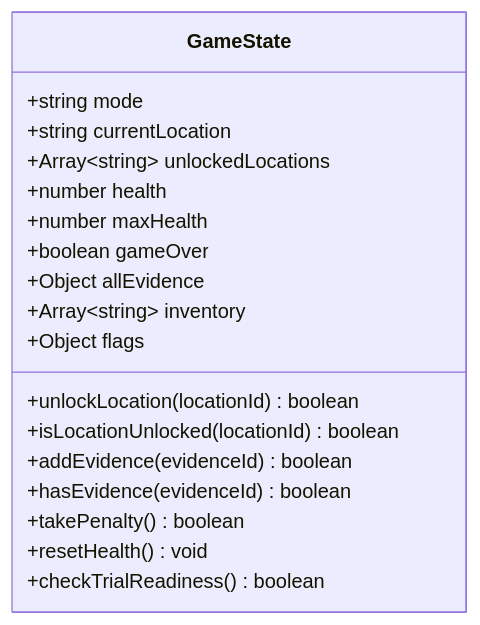
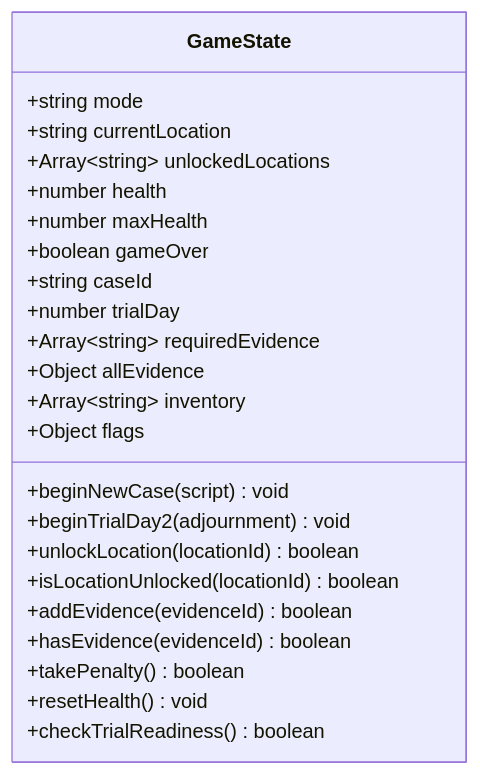
One commit to luisoncpp/aa-chapulin changed the diagram in docs/architecture/game-state.md. Above: the diagram before and after it, drawn with Mermaid. The commit also changed other lines of this file and 34 other files, not shown here.

First line of the commit message:
Split GameEngine under 200 lines and cover Case 2 adjournment.

````diff
--- a/docs/architecture/game-state.md
+++ b/docs/architecture/game-state.md
@@ -9,21 +9,26 @@
 ```mermaid
 classDiagram
     class GameState {
         +string mode
         +string currentLocation
         +Array~string~ unlockedLocations
         +number health
         +number maxHealth
         +boolean gameOver
+        +string caseId
+        +number trialDay
+        +Array~string~ requiredEvidence
         +Object allEvidence
         +Array~string~ inventory
         +Object flags
+        +beginNewCase(script) void
+        +beginTrialDay2(adjournment) void
         +unlockLocation(locationId) boolean
         +isLocationUnlocked(locationId) boolean
         +addEvidence(evidenceId) boolean
         +hasEvidence(evidenceId) boolean
         +takePenalty() boolean
         +resetHealth() void
         +checkTrialReadiness() boolean
     }
 ```
````
